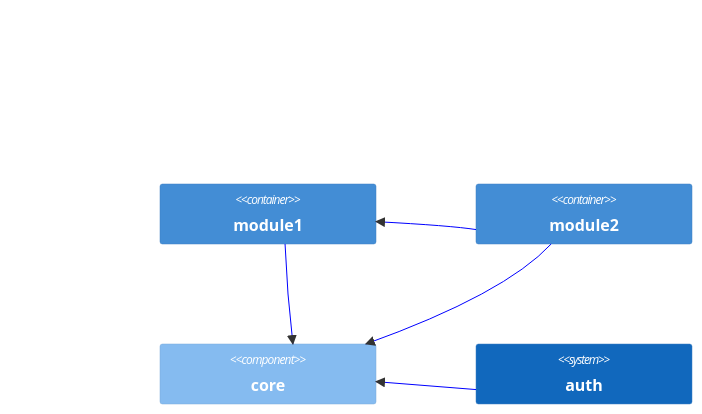
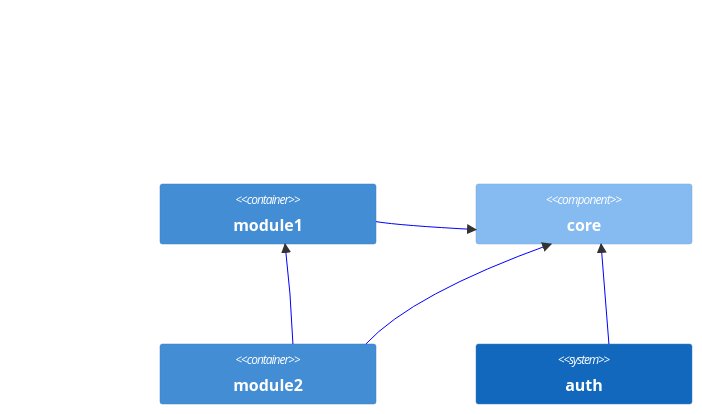
One commit to albertlatacz/shift-left-kotlin changed the diagram in README.md. Above: the diagram before and after it, drawn with Mermaid. The commit also changed other lines of this file and 6 other files, not shown here.

````diff
--- a/README.md
+++ b/README.md
@@ -13,16 +13,16 @@
 ```mermaid
 C4Context        
    UpdateLayoutConfig($c4ShapeInRow="2")                           
    Container(module1, "module1")
+   Component(core, "core")
    Container(module2, "module2")
-   Component(core, "core")
    System(auth, "auth")
    Rel(auth, core, " ") 
    UpdateRelStyle(auth, core, $lineColor="blue")
    Rel(module1, core, " ") 
    UpdateRelStyle(module1, core, $lineColor="blue")
    Rel(module2, core, " ") 
    UpdateRelStyle(module2, core, $lineColor="blue")
    Rel(module2, module1, " ") 
    UpdateRelStyle(module2, module1, $lineColor="blue")                
 ```
````
